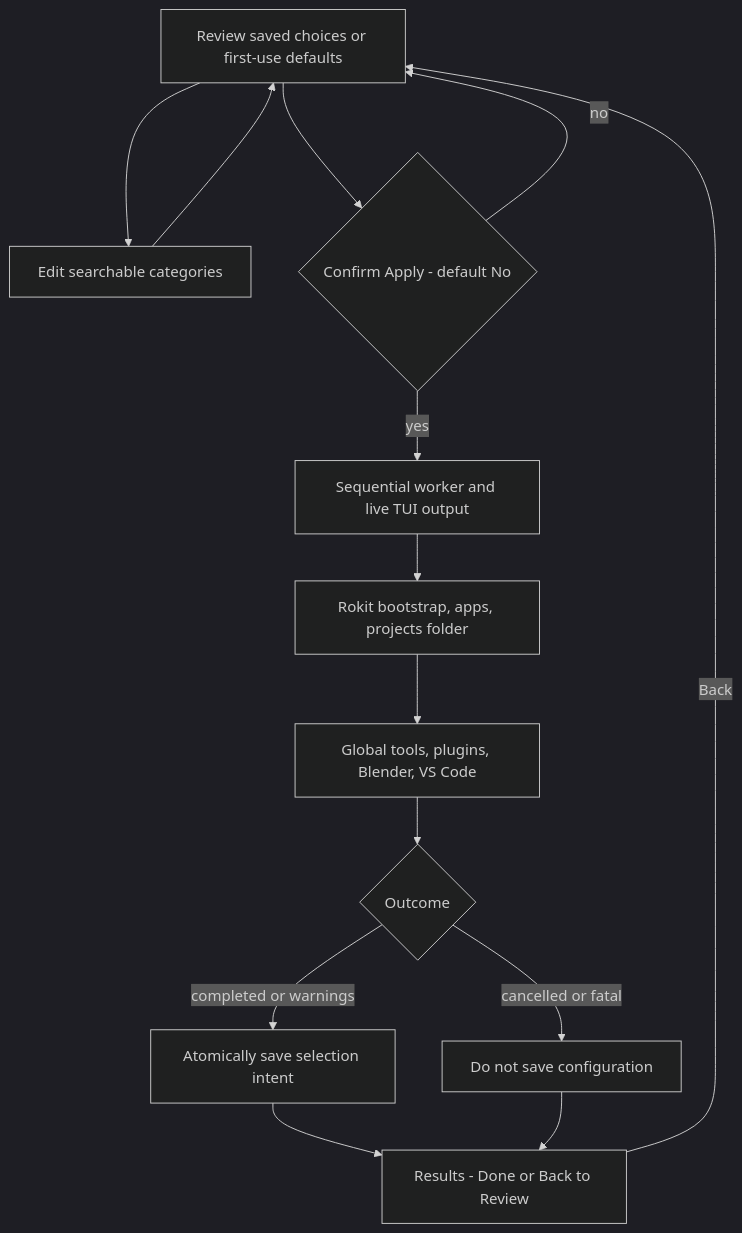
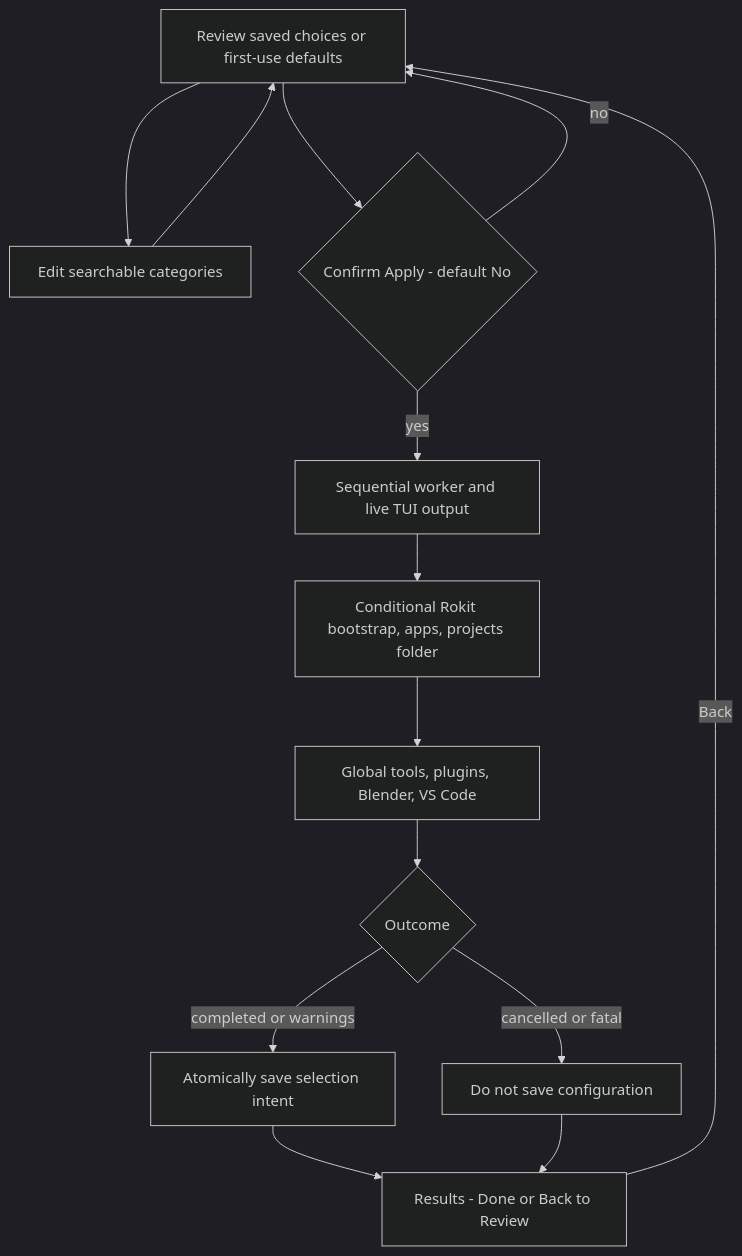
One commit to chatarabdelilah/rproj changed the fifth of 6 diagrams in docs/architecture.md. Above: the diagram before and after it, drawn with Mermaid (dark theme). The commit also changed other lines of this file and 12 other files, not shown here.

First line of the commit message:
Bootstrap Rokit only for selected CLI tools (#176)

````diff
--- a/docs/architecture.md
+++ b/docs/architecture.md
@@ -678,16 +678,16 @@
 ```mermaid
 flowchart TD
     A[Review saved choices or first-use defaults] --> B[Edit searchable categories]
     B --> A
     A --> C{Confirm Apply - default No}
     C -- no --> A
     C -- yes --> D[Sequential worker and live TUI output]
-    D --> E[Rokit bootstrap, apps, projects folder]
+    D --> E[Conditional Rokit bootstrap, apps, projects folder]
     E --> F[Global tools, plugins, Blender, VS Code]
     F --> G{Outcome}
     G -- completed or warnings --> H[Atomically save selection intent]
     G -- cancelled or fatal --> I[Do not save configuration]
     H --> J[Results - Done or Back to Review]
     I --> J
     J -- Back --> A
 ```
````
